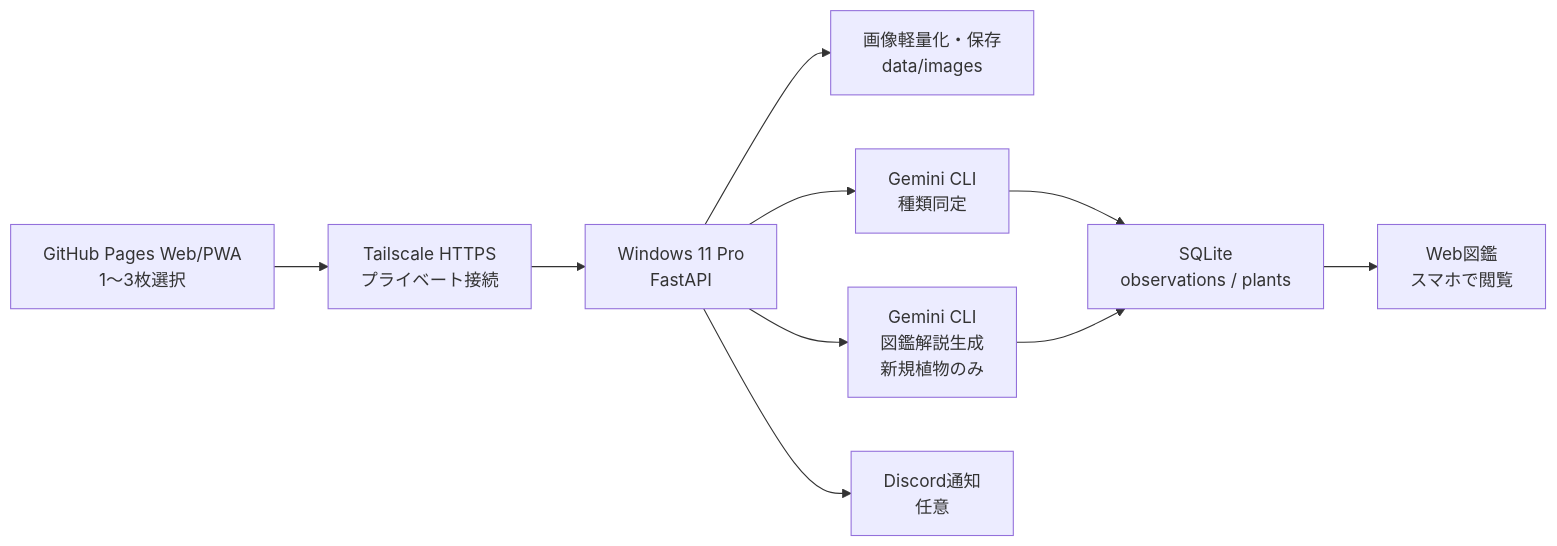
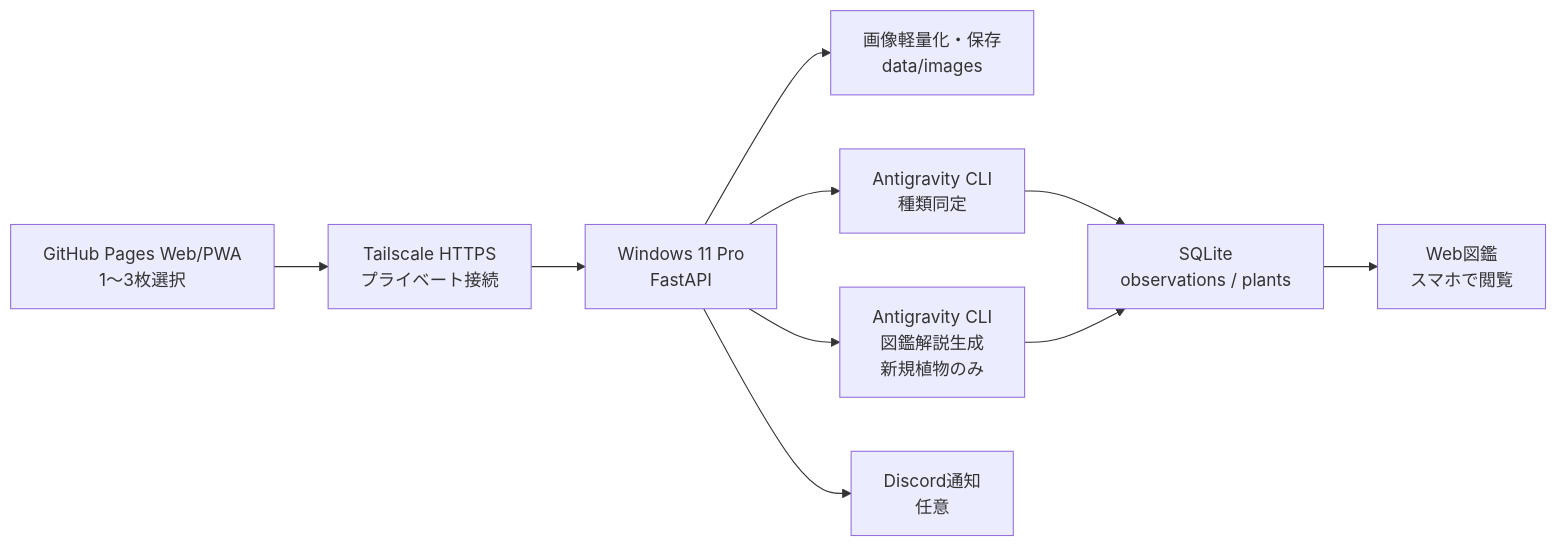
One commit to harunamitrader/AI-Plantgraphy changed the diagram in docs/SPECIFICATION.md. Above: the diagram before and after it, drawn with Mermaid. The commit also changed other lines of this file and 18 other files, not shown here.

````diff
--- a/docs/SPECIFICATION.md
+++ b/docs/SPECIFICATION.md
@@ -58,12 +58,12 @@
 ```mermaid
 flowchart LR
   A["GitHub Pages Web/PWA<br/>1〜3枚選択"] --> B["Tailscale HTTPS<br/>プライベート接続"]
   B --> C["Windows 11 Pro<br/>FastAPI"]
   C --> D["画像軽量化・保存<br/>data/images"]
-  C --> E["Gemini CLI<br/>種類同定"]
+  C --> E["Antigravity CLI<br/>種類同定"]
   E --> F["SQLite<br/>observations / plants"]
-  C --> I["Gemini CLI<br/>図鑑解説生成<br/>新規植物のみ"]
+  C --> I["Antigravity CLI<br/>図鑑解説生成<br/>新規植物のみ"]
   I --> F
   F --> G["Web図鑑<br/>スマホで閲覧"]
   C --> H["Discord通知<br/>任意"]
 ```
````
